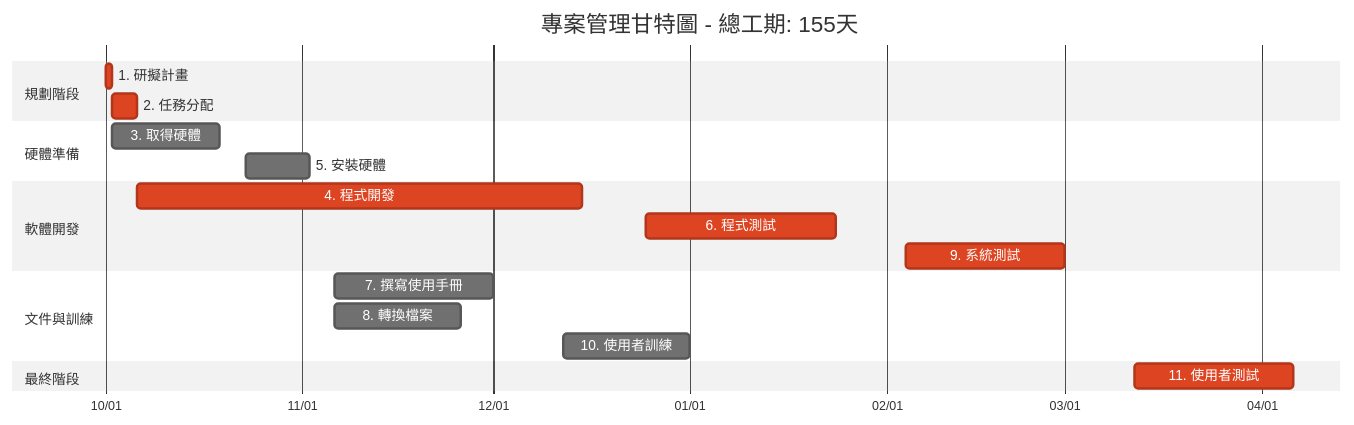
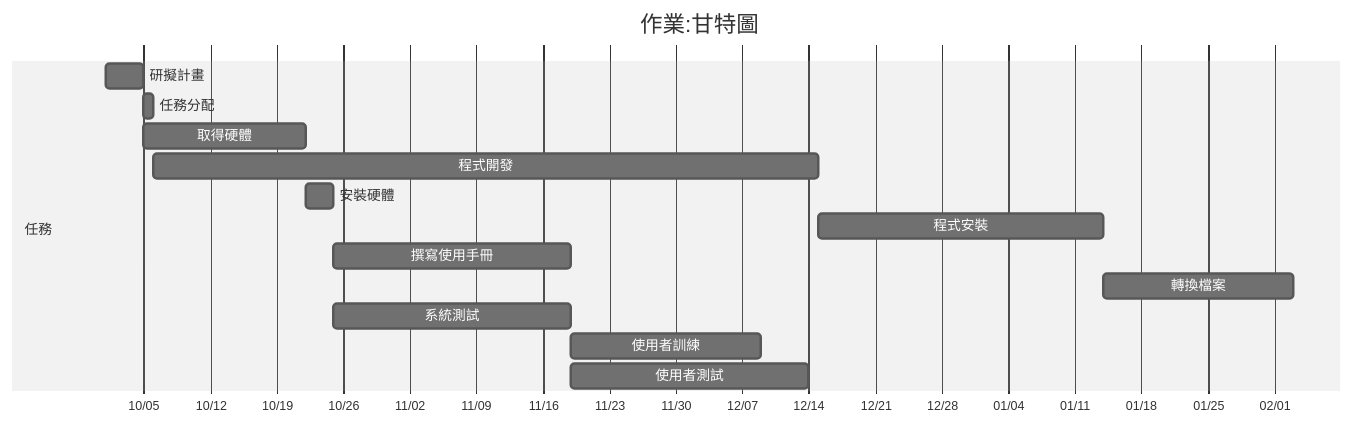
One commit to auia541/p1 changed the second of 2 diagrams in HW2.md. Above: the diagram before and after it, drawn with Mermaid (neutral theme). The commit also changed other lines of this file, not shown here.

````diff
--- a/HW2.md
+++ b/HW2.md
@@ -1,27 +25,22 @@
 ```mermaid
+
+
 gantt
-    title 專案管理甘特圖 - 總工期: 155天
-    dateFormat YYYY-MM-DD
-    axisFormat %m/%d
-    
-    section 規劃階段
-    1. 研擬計畫     :crit, 2024-10-01, 1d
-    2. 任務分配     :crit, 2024-10-02, 4d
-    
-    section 硬體準備
-    3. 取得硬體     :2024-10-02, 17d
-    5. 安裝硬體     :2024-10-23, 10d
-    
-    section 軟體開發
-    4. 程式開發     :crit, 2024-10-06, 70d
-    6. 程式測試     :crit, 2024-12-25, 30d
-    9. 系統測試     :crit, 2025-02-04, 25d
-    
-    section 文件與訓練
-    7. 撰寫使用手冊  :2024-11-06, 25d
-    8. 轉換檔案     :2024-11-06, 20d
-    10. 使用者訓練  :2024-12-12, 20d
-    
-    section 最終階段
-    11. 使用者測試  :crit, 2025-03-12, 25d
-```
+title 作業:甘特圖
+dateformat YYYY-MM-DD
+axisFormat %m/%d
+
+section 任務
+研擬計畫 :a1, 2025-10-01, 4d
+任務分配 :a2, after a1, 1d
+取得硬體 :a3, after a1, 17d
+程式開發 :a4, after a2, 70d
+安裝硬體 :a5, after a3, 3d
+程式安裝 :a6, after a4, 30d
+撰寫使用手冊 :a7, after a5, 25d
+轉換檔案 :a8, after a6, 20d
+系統測試 :a9, after a5, 25d
+使用者訓練 :a10, after a7, 20d
+使用者測試 :a11, after a9, 25d
+
+``` 
````
